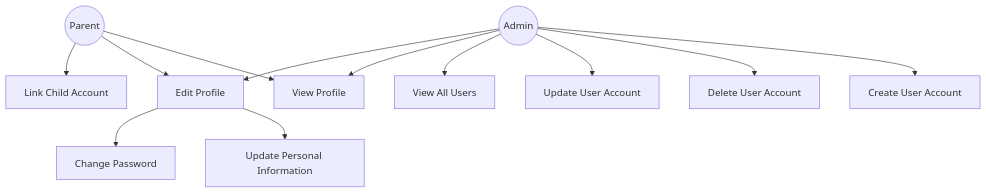
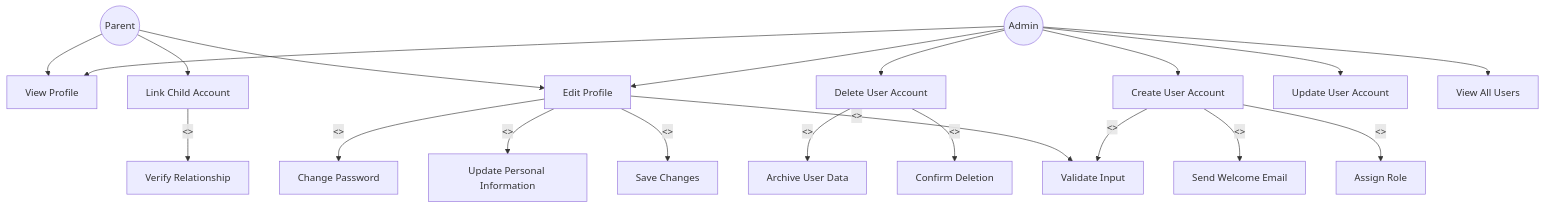
Before and after one commit to TongYwen/childfyp5: the second of 18 diagrams in diagrams.md, drawn with Mermaid. The commit also changed other lines of this file, not shown here.

First line of the commit message:
Add UML <<include>> and <<extend>> relationships to all Use Case Diagrams

````diff
--- a/diagrams.md
+++ b/diagrams.md
@@ -25,19 +29,30 @@
 ```mermaid
 graph TD
     Parent((Parent))
     Admin((Admin))
 
     Parent --> ViewProfile[View Profile]
     Parent --> EditProfile[Edit Profile]
     Parent --> LinkChild[Link Child Account]
 
     Admin --> CreateAccount[Create User Account]
     Admin --> DeleteAccount[Delete User Account]
     Admin --> UpdateAccount[Update User Account]
     Admin --> ViewAllUsers[View All Users]
     Admin --> ViewProfile
     Admin --> EditProfile
 
-    EditProfile --> UpdateInfo[Update Personal Information]
-    EditProfile --> ChangePassword[Change Password]
+    EditProfile -->|<<include>>| ValidateInput[Validate Input]
+    EditProfile -->|<<include>>| SaveChanges[Save Changes]
+    EditProfile -->|<<extend>>| UpdateInfo[Update Personal Information]
+    EditProfile -->|<<extend>>| ChangePassword[Change Password]
+
+    CreateAccount -->|<<include>>| ValidateInput
+    CreateAccount -->|<<include>>| AssignRole[Assign Role]
+    CreateAccount -->|<<extend>>| SendWelcomeEmail[Send Welcome Email]
+
+    DeleteAccount -->|<<include>>| ConfirmDeletion[Confirm Deletion]
+    DeleteAccount -->|<<extend>>| ArchiveData[Archive User Data]
+
+    LinkChild -->|<<include>>| VerifyRelationship[Verify Relationship]
 ```
````
